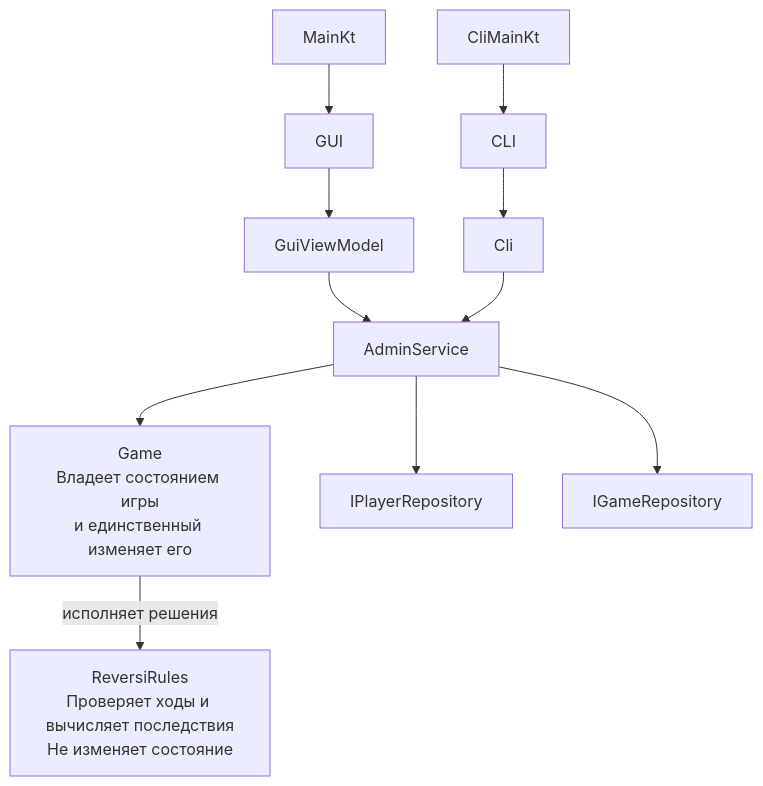
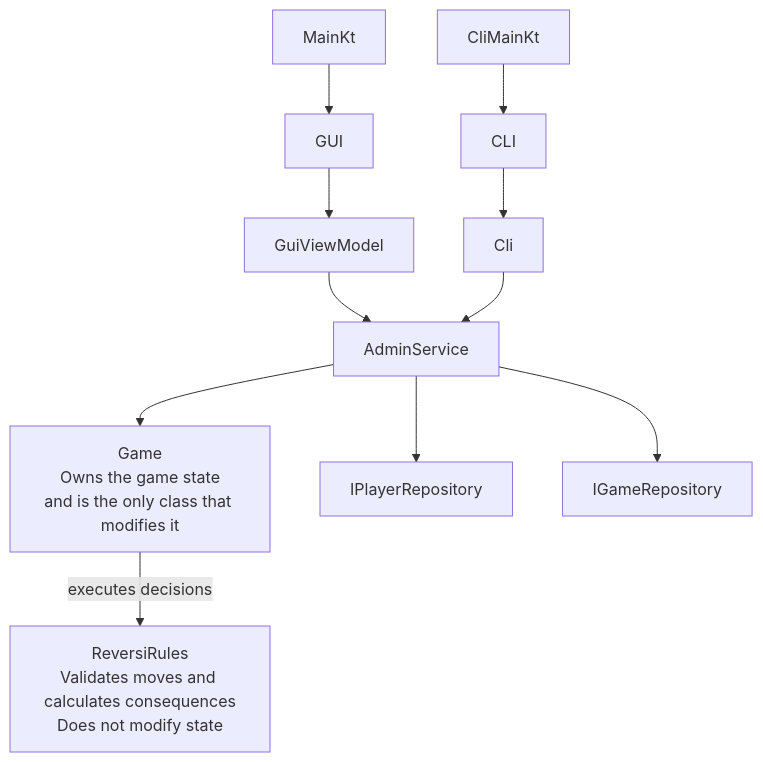
One commit to GidRadium/reversi-admin-panel changed the diagram in docs/ARCHITECTURE.md. Above: the diagram before and after it, drawn with Mermaid. The commit also changed 2 other files, not shown here.

````diff
--- a/docs/ARCHITECTURE.md
+++ b/docs/ARCHITECTURE.md
@@ -1,35 +1,35 @@
 ```mermaid
 flowchart TD
 
     Main["MainKt"]
     CliMain["CliMainKt"]
 
     GUI["GUI"]
     CLI["CLI"]
 
     ViewModel["GuiViewModel"]
     CliController["Cli"]
 
     Service["AdminService"]
 
-    Game["Game<br/>Владеет состоянием игры<br/>и единственный изменяет его"]
-    Rules["ReversiRules<br/>Проверяет ходы и вычисляет последствия<br/>Не изменяет состояние"]
+    Game["Game<br/>Owns the game state<br/>and is the only class that modifies it"]
+    Rules["ReversiRules<br/>Validates moves and calculates consequences<br/>Does not modify state"]
 
     PlayerRepository["IPlayerRepository"]
     GameRepository["IGameRepository"]
 
     Main --> GUI
     CliMain --> CLI
 
     GUI --> ViewModel
     CLI --> CliController
 
     ViewModel --> Service
     CliController --> Service
 
     Service --> Game
     Service --> PlayerRepository
     Service --> GameRepository
 
-    Game -->|исполняет решения| Rules
+    Game -->|executes decisions| Rules
 ```
````
